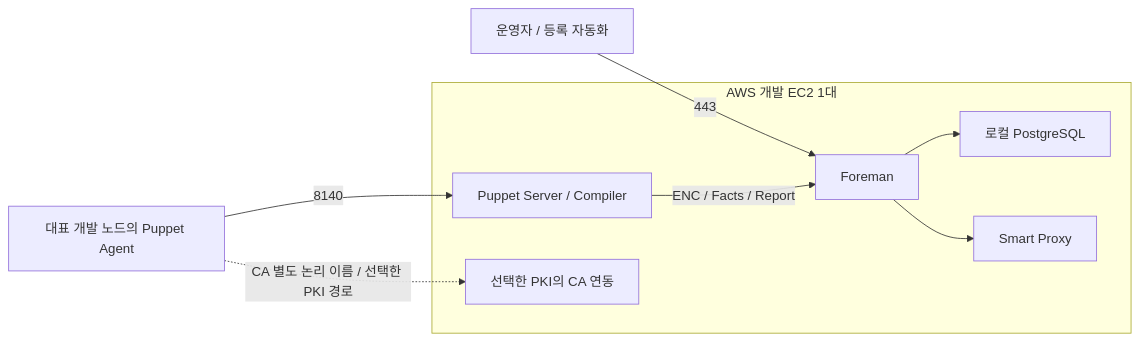
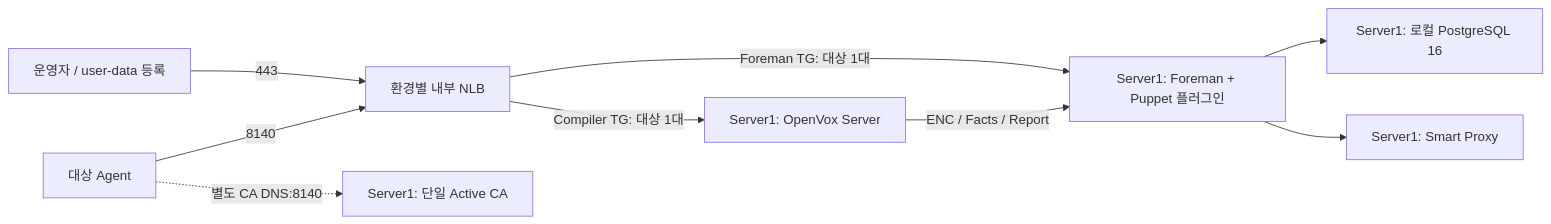
Before and after one commit to heyoon2j/y2-devops-lab: the diagram in foreman-puppet/docs/PHASED_ROLLOUT.md, drawn with Mermaid. The commit also changed other lines of this file and 12 other files, not shown here.

Commit message:
docs(foreman-puppet): revise dev prod rollout and broaden failure response

````diff
--- a/foreman-puppet/docs/PHASED_ROLLOUT.md
+++ b/foreman-puppet/docs/PHASED_ROLLOUT.md
@@ -18,13 +20,11 @@
 ```mermaid
 flowchart LR
-    U["운영자 / 등록 자동화"] -->|443| F
-    A["대표 개발 노드의 Puppet Agent"] -->|8140| P
-    subgraph EC2["AWS 개발 EC2 1대"]
-      F["Foreman"] --> DB["로컬 PostgreSQL"]
-      P["Puppet Server / Compiler"] -->|ENC / Facts / Report| F
-      S["Smart Proxy"]
-      C["선택한 PKI의 CA 연동"]
-      F --> S
-    end
-    A -.->|CA 별도 논리 이름 / 선택한 PKI 경로| C
+    U["운영자 / user-data 등록"] -->|"443"| L["환경별 내부 NLB"]
+    A["대상 Agent"] -->|"8140"| L
+    L -->|"Foreman TG: 대상 1대"| F["Server1: Foreman + Puppet 플러그인"]
+    L -->|"Compiler TG: 대상 1대"| P["Server1: OpenVox Server"]
+    F --> D["Server1: 로컬 PostgreSQL 16"]
+    F --> S["Server1: Smart Proxy"]
+    P -->|"ENC / Facts / Report"| F
+    A -.->|"별도 CA DNS:8140"| C["Server1: 단일 Active CA"]
 ```
````
